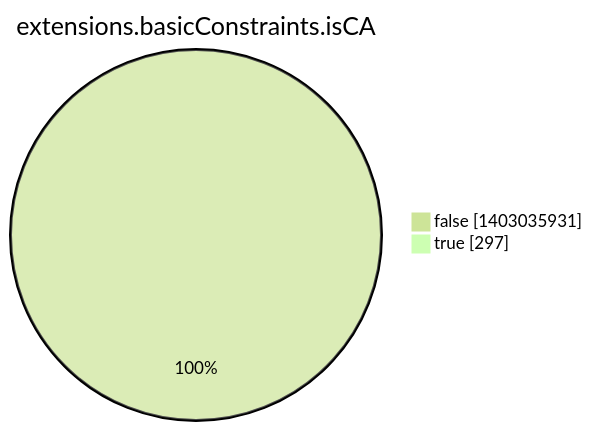
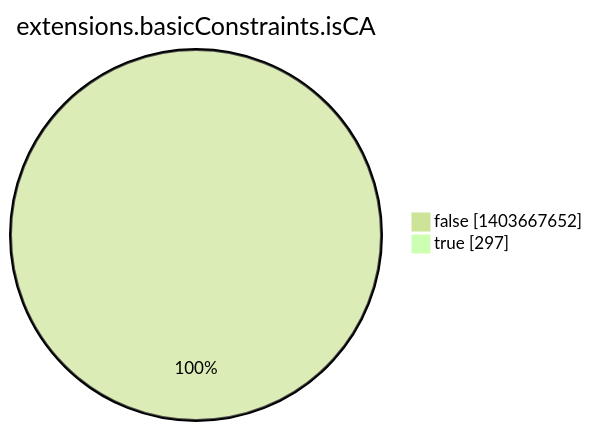
The eighth of 15 diagrams in argon2022/README.md (christiankrug/ctmonitor_visualization), drawn with Mermaid (forest theme) before and after one commit. The commit also changed other lines of this file, not shown here.

````diff
--- a/argon2022/README.md
+++ b/argon2022/README.md
@@ -2759,6 +2759,6 @@
 ```mermaid
 pie showData
 title extensions.basicConstraints.isCA
-"false" :1403035931
+"false" :1403667652
 "true" :297
 ```
````
